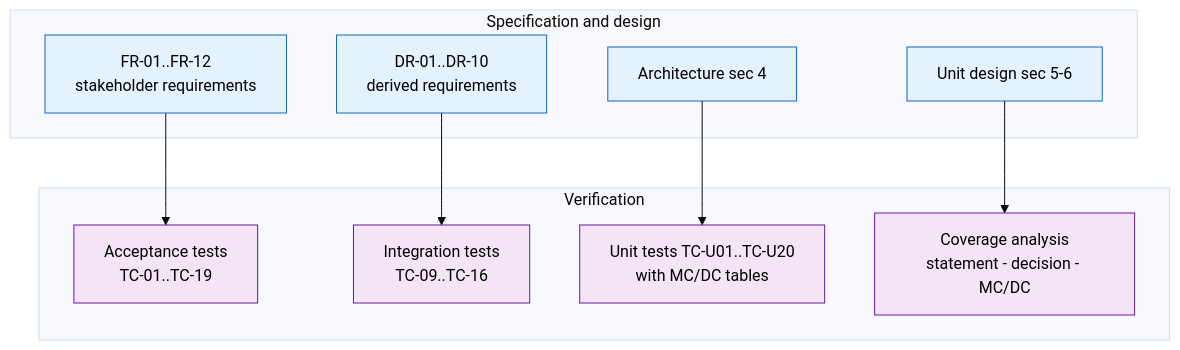
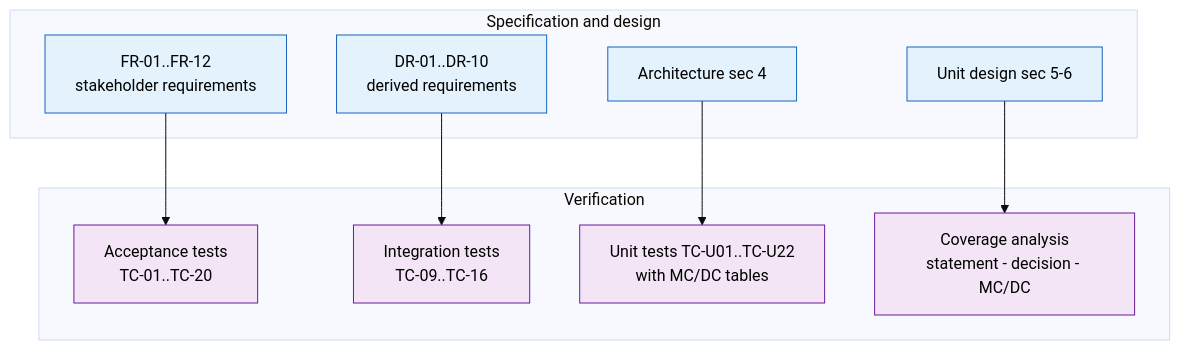
One commit to jambamamba/performacode-airplane-coverage changed the eighth of 9 diagrams in docs/PROJECT_PLAN.md. Above: the diagram before and after it, drawn with Mermaid (base theme). The commit also changed other lines of this file, not shown here.

````diff
--- a/docs/PROJECT_PLAN.md
+++ b/docs/PROJECT_PLAN.md
@@ -778,24 +788,24 @@
 ```mermaid
 flowchart TB
     subgraph L["Specification and design"]
         R["FR-01..FR-12<br/>stakeholder requirements"]
         DR2["DR-01..DR-10<br/>derived requirements"]
         AR["Architecture sec 4"]
         UD["Unit design sec 5-6"]
     end
     subgraph R2["Verification"]
-        AT["Acceptance tests<br/>TC-01..TC-19"]
+        AT["Acceptance tests<br/>TC-01..TC-20"]
         IT["Integration tests<br/>TC-09..TC-16"]
-        UTT["Unit tests TC-U01..TC-U20<br/>with MC/DC tables"]
+        UTT["Unit tests TC-U01..TC-U22<br/>with MC/DC tables"]
         CV["Coverage analysis<br/>statement - decision - MC/DC"]
     end
     R --> AT
     DR2 --> IT
     AR --> UTT
     UD --> CV
 
     classDef spec fill:#e3f2fd,stroke:#1565c0,color:#000
     classDef test fill:#f3e5f5,stroke:#6a1b9a,color:#000
     class R,DR2,AR,UD spec
     class AT,IT,UTT,CV test
 ```
````
